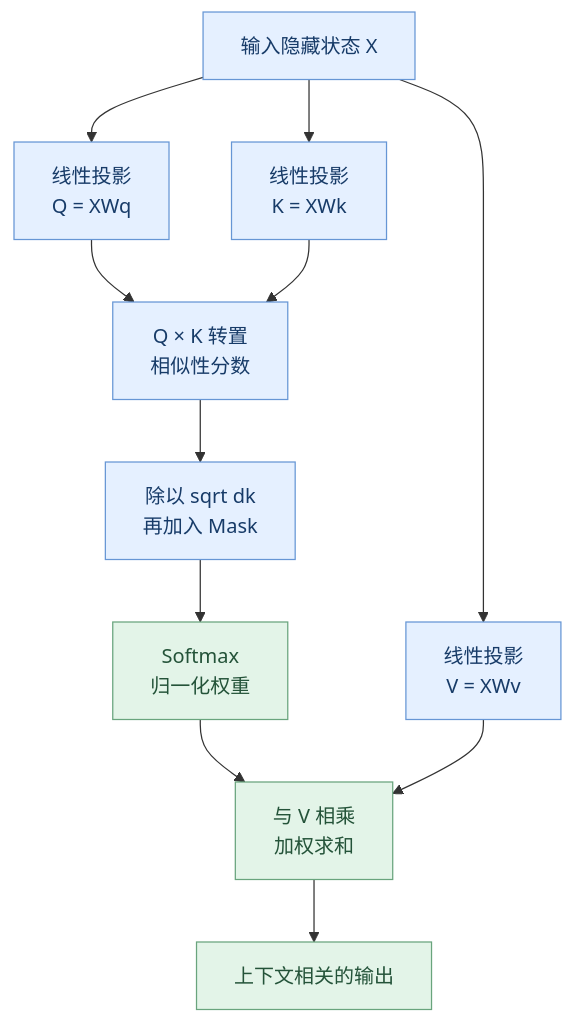
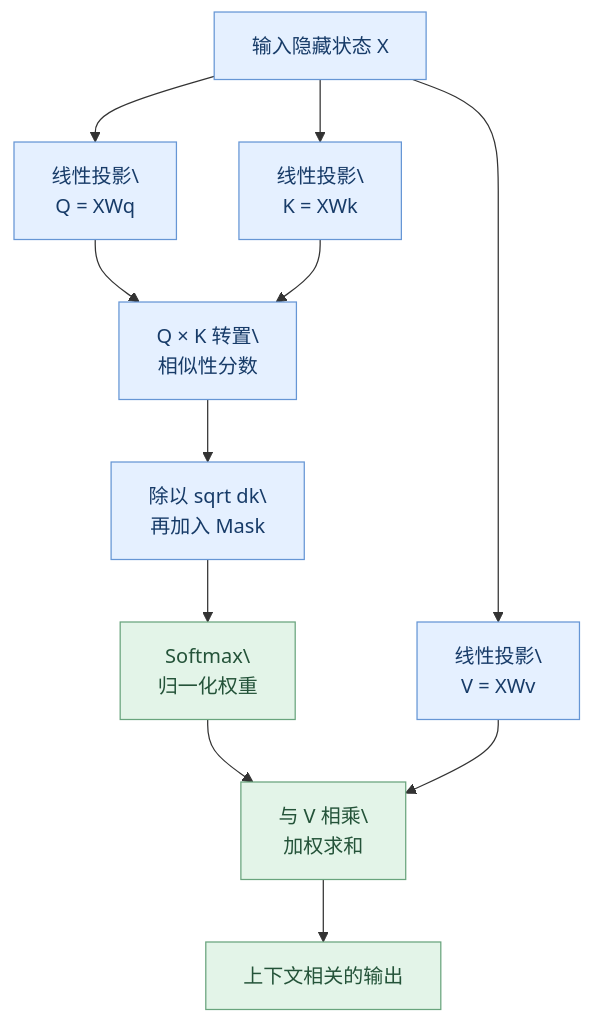
One commit to shufu151/Agent-Engineering-Handbook changed the third of 6 diagrams in 01-LLM-Fundamentals/01-Transformer.md. Above: the diagram before and after it, drawn with Mermaid. The commit also changed other lines of this file, not shown here.

````diff
--- a/01-LLM-Fundamentals/01-Transformer.md
+++ b/01-LLM-Fundamentals/01-Transformer.md
@@ -132,17 +187,33 @@
 ```mermaid
+
 flowchart TD
-    X[输入隐藏状态 X] --> Q[线性投影<br/>Q = XWq]
-    X --> K[线性投影<br/>K = XWk]
-    X --> V[线性投影<br/>V = XWv]
-    Q --> SCORE[Q × K 转置<br/>相似性分数]
-    K --> SCORE
-    SCORE --> SCALE[除以 sqrt dk<br/>再加入 Mask]
-    SCALE --> SM[Softmax<br/>归一化权重]
-    SM --> SUM[与 V 相乘<br/>加权求和]
-    V --> SUM
-    SUM --> Y[上下文相关的输出]
-    classDef blue fill:#e5f0ff,stroke:#6696d5,color:#173b68;
-    classDef green fill:#e3f4e8,stroke:#69a47d,color:#245339;
-    class X,Q,K,V,SCORE,SCALE blue;
-    class SM,SUM,Y green;
+
+    X[输入隐藏状态 X] --> Q[线性投影\<br/>Q = XWq]
+
+    X --> K[线性投影\<br/>K = XWk]
+
+    X --> V[线性投影\<br/>V = XWv]
+
+    Q --> SCORE[Q × K 转置\<br/>相似性分数]
+
+    K --> SCORE
+
+    SCORE --> SCALE[除以 sqrt dk\<br/>再加入 Mask]
+
+    SCALE --> SM[Softmax\<br/>归一化权重]
+
+    SM --> SUM[与 V 相乘\<br/>加权求和]
+
+    V --> SUM
+
+    SUM --> Y[上下文相关的输出]
+
+    classDef blue fill:#e5f0ff,stroke:#6696d5,color:#173b68;
+
+    classDef green fill:#e3f4e8,stroke:#69a47d,color:#245339;
+
+    class X,Q,K,V,SCORE,SCALE blue;
+
+    class SM,SUM,Y green;
+
 ```
````
